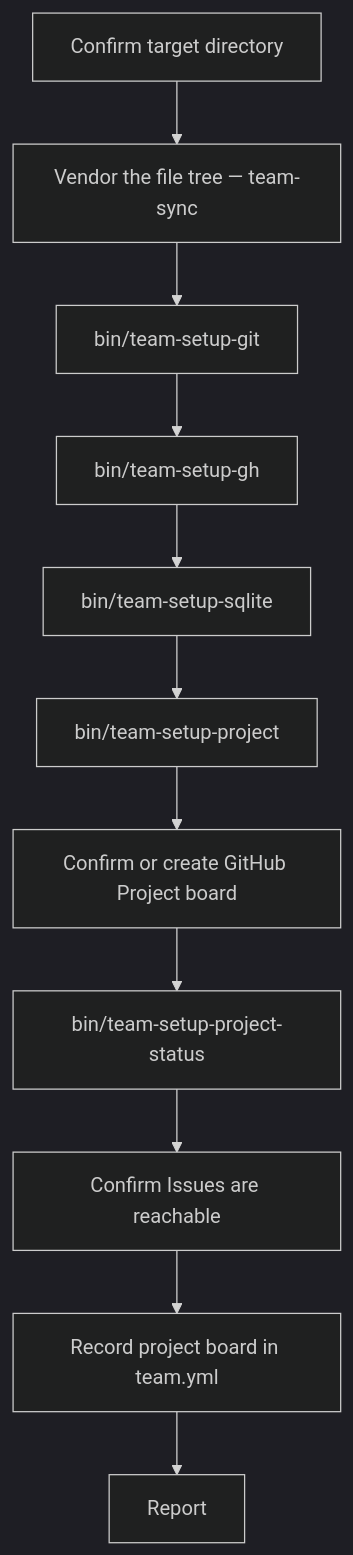
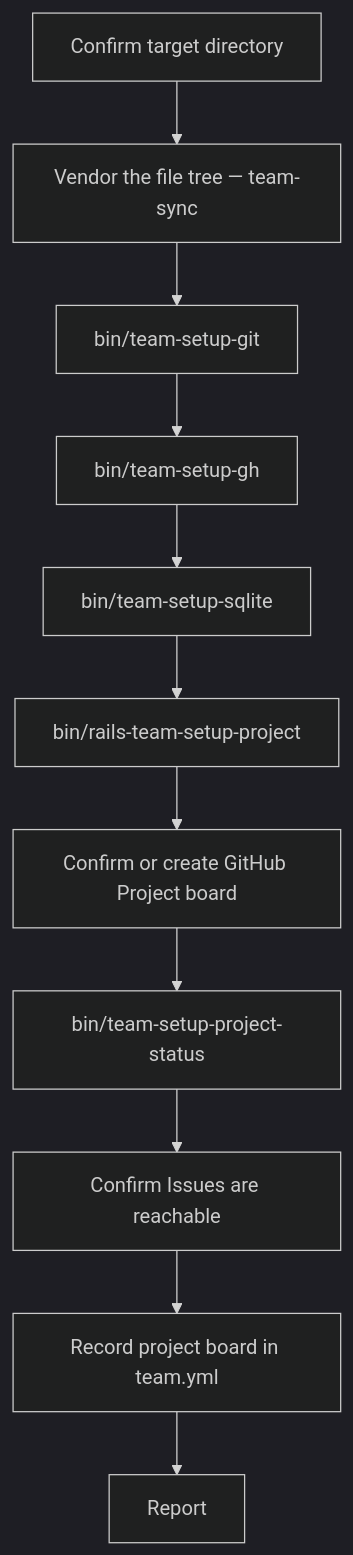
Before and after one commit to revans/rails-agentic-engineering-team: the diagram in docs/installer.md, drawn with Mermaid (dark theme). The commit also changed other lines of this file and 14 other files, not shown here.

First line of the commit message:
Prefix bin/team-setup-project and bin/team-update with rails-

````diff
--- a/docs/installer.md
+++ b/docs/installer.md
@@ -11,13 +11,13 @@
 ```mermaid
 flowchart TD
     A[Confirm target directory] --> A2[Vendor the file tree — team-sync]
     A2 --> B["bin/team-setup-git"]
     B --> C["bin/team-setup-gh"]
     C --> D["bin/team-setup-sqlite"]
-    D --> E["bin/team-setup-project"]
+    D --> E["bin/rails-team-setup-project"]
     E --> F[Confirm or create GitHub Project board]
     F --> F2["bin/team-setup-project-status"]
     F2 --> G[Confirm Issues are reachable]
     G --> H[Record project board in team.yml]
     H --> I[Report]
 ```
````
